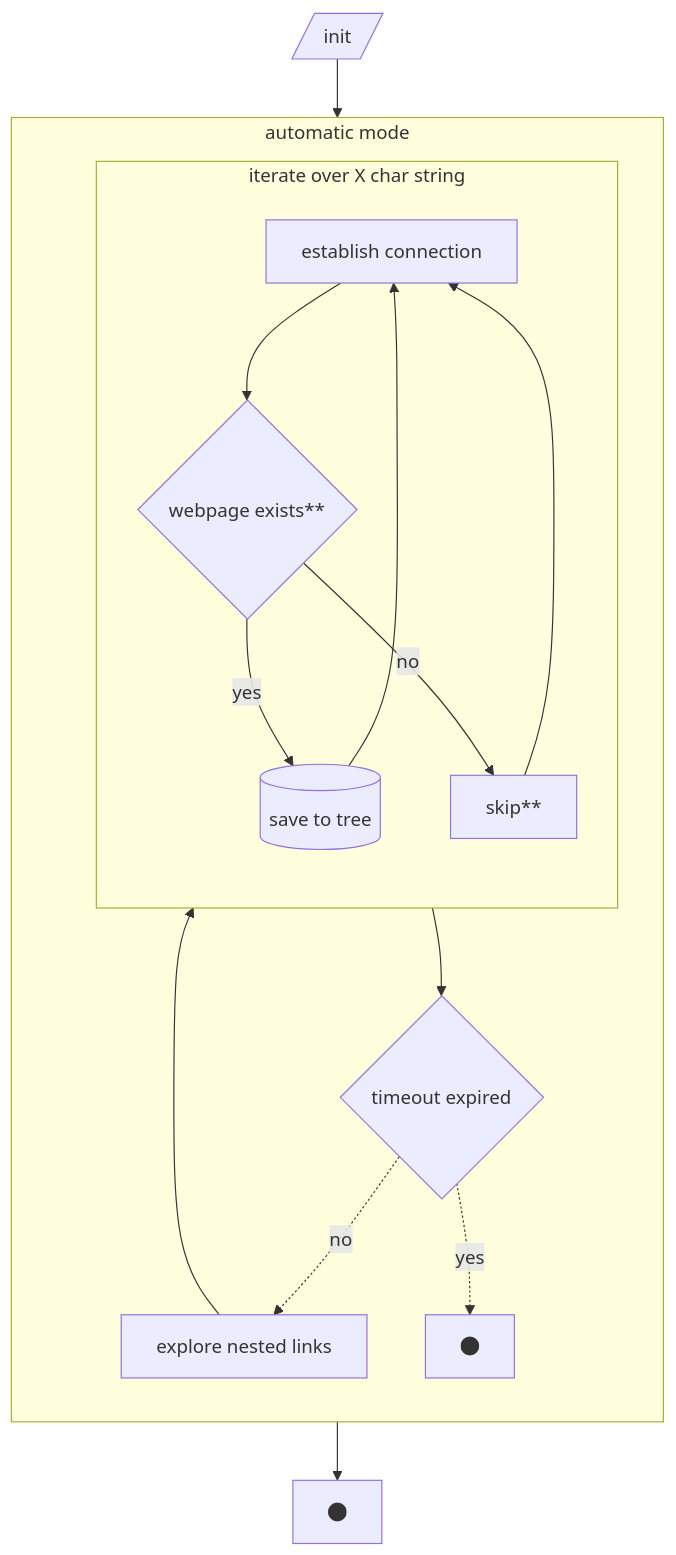
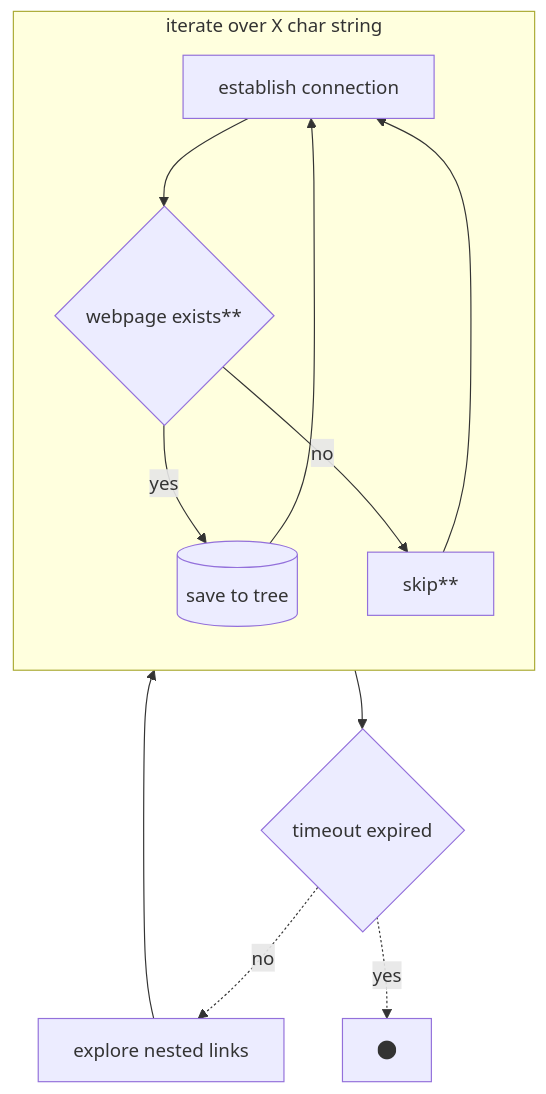
Before and after one commit to durryx/mappsite: the second of 2 diagrams in README.md, drawn with Mermaid. The commit also changed other lines of this file, not shown here.

````diff
--- a/README.md
+++ b/README.md
@@ -72,22 +71,15 @@
 ```mermaid
 flowchart TD
 
-  subgraph mode1[automatic mode]
-    direction TB
     subgraph A1[iterate over X char string]
         direction TB
         A[establish connection]
       	A --> B{webpage exists**} -->|yes| C[(save to tree)] --> A
       	B -->|no| D[skip**] --> A
     end
 
         A1 --> timeout{timeout expired}
         timeout -. no .-> E[explore nested links]
         E --> A1
         timeout -. yes .-> q[fa:fa-circle]
-
-  end
-
-  i[/init/] --> mode1 --> o[fa:fa-circle]
-
 ```
````
